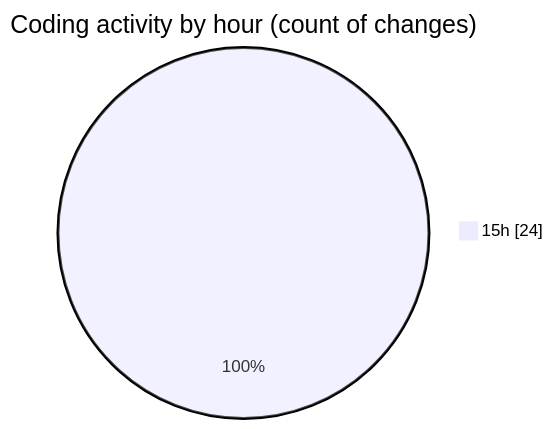
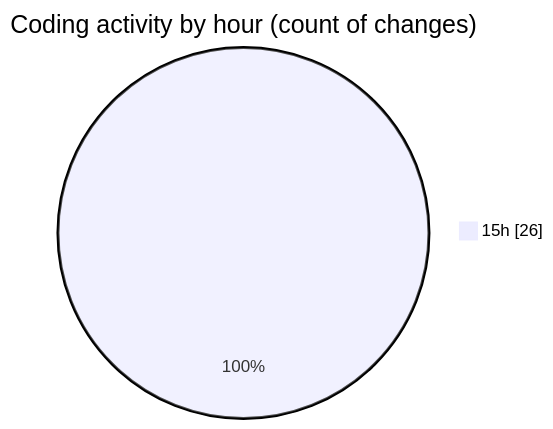
The second of 2 diagrams in 2025-10-21/untitled__workspace_/README.md (debugP/code-tracking), drawn with Mermaid before and after one commit. The commit also changed other lines of this file and 1 other file, not shown here.

````diff
--- a/2025-10-21/untitled__workspace_/README.md
+++ b/2025-10-21/untitled__workspace_/README.md
@@ -28,5 +28,5 @@
 ```mermaid
 pie showData
 title Coding activity by hour (count of changes)
-"15h" : 24
+"15h" : 26
 ```
````
